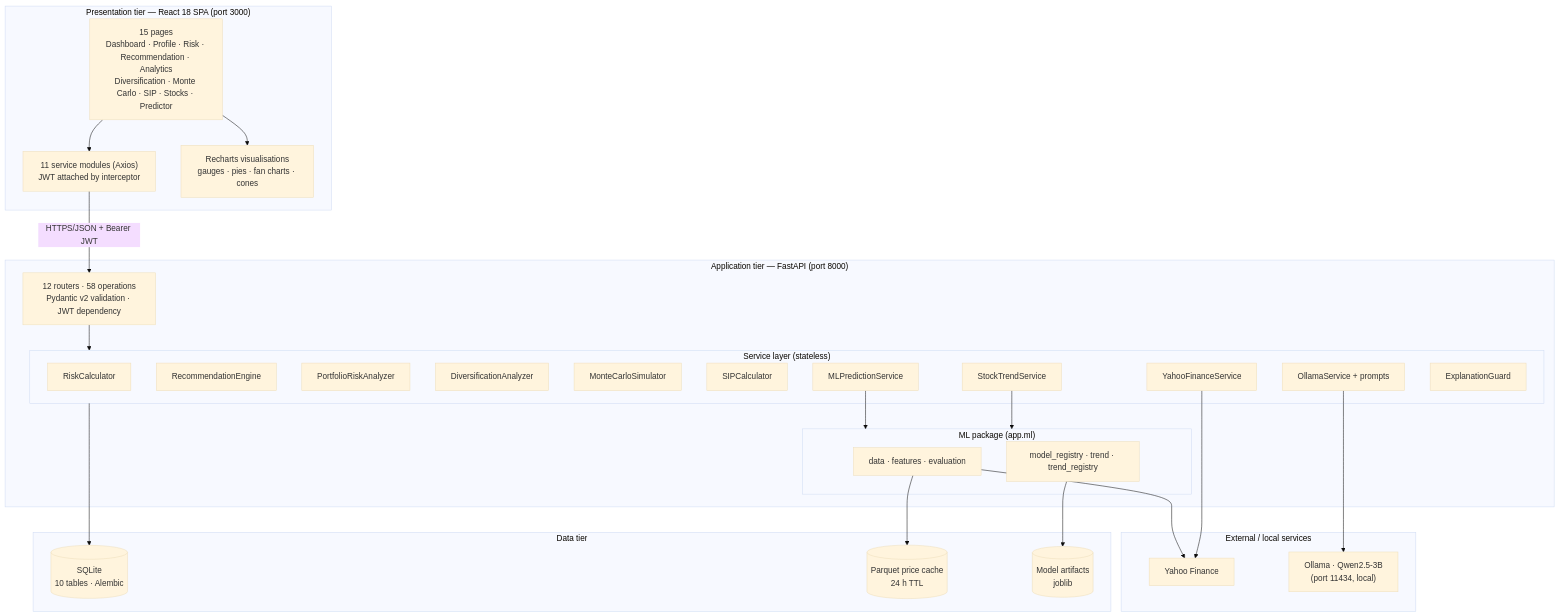
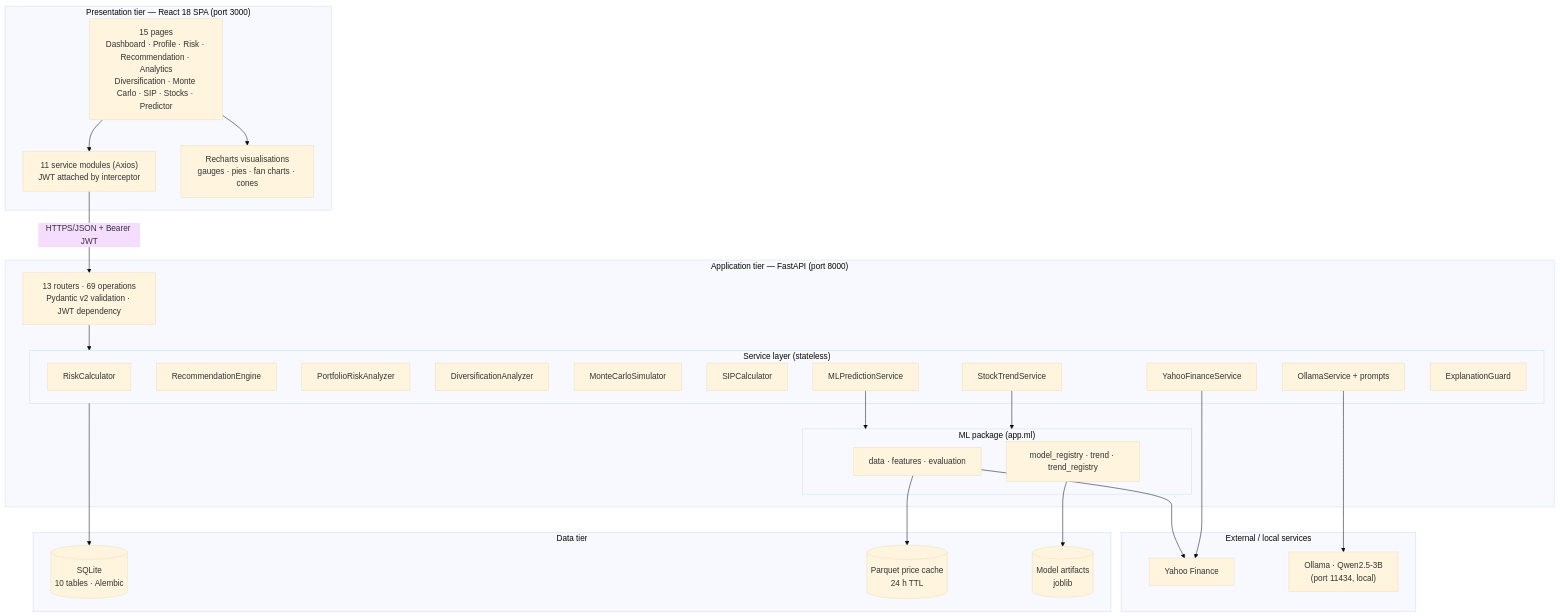
Before and after one commit to gowsik2315/ai-smart-investment-portfolio-advisor: the first of 9 diagrams in docs/report/AI_Smart_Investment_Portfolio_Advisor_Report.md, drawn with Mermaid (base theme). The commit also changed other lines of this file and 6 other files, not shown here.

````diff
--- a/docs/report/AI_Smart_Investment_Portfolio_Advisor_Report.md
+++ b/docs/report/AI_Smart_Investment_Portfolio_Advisor_Report.md
@@ -671,53 +692,53 @@
 ```mermaid
 flowchart TB
     subgraph P["Presentation tier — React 18 SPA (port 3000)"]
         UI["15 pages<br/>Dashboard · Profile · Risk · Recommendation · Analytics<br/>Diversification · Monte Carlo · SIP · Stocks · Predictor"]
         SV["11 service modules (Axios)<br/>JWT attached by interceptor"]
         CH["Recharts visualisations<br/>gauges · pies · fan charts · cones"]
         UI --> SV
         UI --> CH
     end
 
     subgraph A["Application tier — FastAPI (port 8000)"]
-        R["12 routers · 58 operations<br/>Pydantic v2 validation · JWT dependency"]
+        R["13 routers · 69 operations<br/>Pydantic v2 validation · JWT dependency"]
         subgraph S["Service layer (stateless)"]
             S1["RiskCalculator"]
             S2["RecommendationEngine"]
             S3["PortfolioRiskAnalyzer"]
             S4["DiversificationAnalyzer"]
             S5["MonteCarloSimulator"]
             S6["SIPCalculator"]
             S7["YahooFinanceService"]
             S8["MLPredictionService"]
             S9["StockTrendService"]
             S10["OllamaService + prompts"]
             S11["ExplanationGuard"]
         end
         subgraph M["ML package (app.ml)"]
             M1["data · features · evaluation"]
             M2["model_registry · trend · trend_registry"]
         end
         R --> S
         S8 --> M
         S9 --> M
     end
 
     subgraph D["Data tier"]
         DB[("SQLite<br/>10 tables · Alembic")]
         PC[("Parquet price cache<br/>24 h TTL")]
         MA[("Model artifacts<br/>joblib")]
     end
 
     subgraph X["External / local services"]
         YF["Yahoo Finance"]
         OL["Ollama · Qwen2.5-3B<br/>(port 11434, local)"]
     end
 
     SV -- "HTTPS/JSON + Bearer JWT" --> R
     S --> DB
     M1 --> PC
     M1 --> YF
     S7 --> YF
     M2 --> MA
     S10 --> OL
 ```
````
